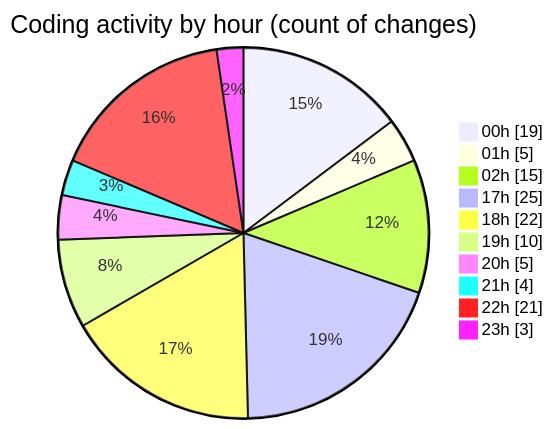
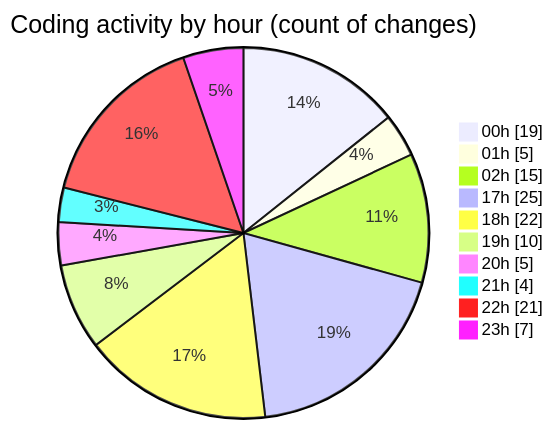
The second of 2 diagrams in 2025-02-14/elitegpt/README.md (Elitesun/code-tracking), drawn with Mermaid before and after one commit. The commit also changed other lines of this file and 1 other file, not shown here.

````diff
--- a/2025-02-14/elitegpt/README.md
+++ b/2025-02-14/elitegpt/README.md
@@ -44,14 +44,14 @@
 ```mermaid
 pie showData
 title Coding activity by hour (count of changes)
 "00h" : 19
 "01h" : 5
 "02h" : 15
 "17h" : 25
 "18h" : 22
 "19h" : 10
 "20h" : 5
 "21h" : 4
 "22h" : 21
-"23h" : 3
+"23h" : 7
 ```
````
